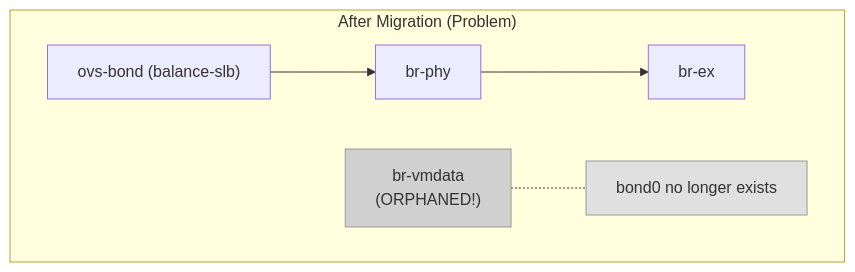
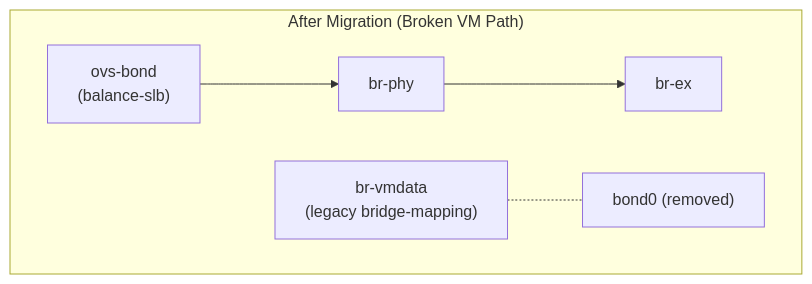
One commit to linuxelitebr/openshift-balance-slb changed the fifth of 8 diagrams in hcp-balance-slb/OPENSHIFT-VIRTUALIZATION-VMNET-BALANCE-SLB.md. Above: the diagram before and after it, drawn with Mermaid. The commit also changed other lines of this file, not shown here.

````diff
--- a/hcp-balance-slb/OPENSHIFT-VIRTUALIZATION-VMNET-BALANCE-SLB.md
+++ b/hcp-balance-slb/OPENSHIFT-VIRTUALIZATION-VMNET-BALANCE-SLB.md
@@ -208,13 +238,13 @@
 ```mermaid
 flowchart TB
-    subgraph After["After Migration (Problem)"]
-        OVSBOND["ovs-bond (balance-slb)"]
-        OVSBOND --> BRPHY["br-phy"]
-        BRPHY --> BREX2["br-ex"]
-        BRVMDATA2["br-vmdata<br/>(ORPHANED!)"]
-        BRVMDATA2 -.- X["bond0 no longer exists"]
+    subgraph After["After Migration (Broken VM Path)"]
+        OVSBOND["ovs-bond<br/>(balance-slb)"]
+        BRPHY["br-phy"]
+        BREX2["br-ex"]
+
+        OVSBOND --> BRPHY --> BREX2
+
+        BRVMDATA2["br-vmdata<br/>(legacy bridge-mapping)"]
+        BRVMDATA2 -.- MISSING["bond0 (removed)"]
     end
-    
-    style BRVMDATA2 fill:#d0d0d0,stroke:#999
-    style X fill:#e0e0e0,stroke:#999
 ```
````
